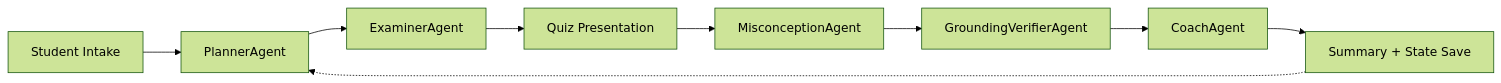
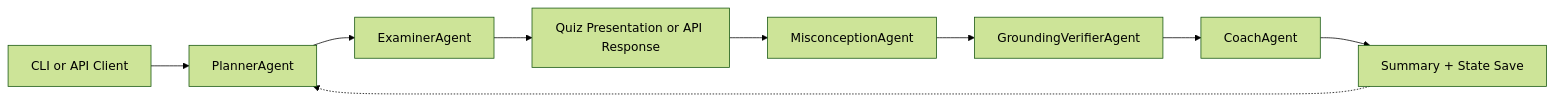
Before and after one commit to alanmaizon/reasoning-agents: the diagram in docs/architecture.md, drawn with Mermaid (forest theme). The commit also changed other lines of this file and 11 other files, not shown here.

````diff
--- a/docs/architecture.md
+++ b/docs/architecture.md
@@ -15,11 +15,11 @@
 ```mermaid
 flowchart LR
-    A[Student Intake] --> B[PlannerAgent]
+    A[CLI or API Client] --> B[PlannerAgent]
     B --> C[ExaminerAgent]
-    C --> D[Quiz Presentation]
+    C --> D[Quiz Presentation or API Response]
     D --> E[MisconceptionAgent]
     E --> F[GroundingVerifierAgent]
     F --> G[CoachAgent]
     G --> H[Summary + State Save]
     H -.-> B
 ```
````
